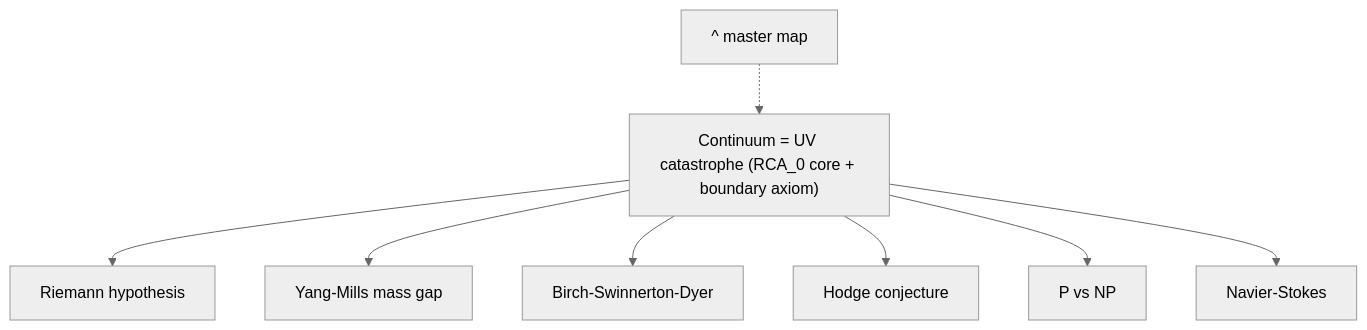
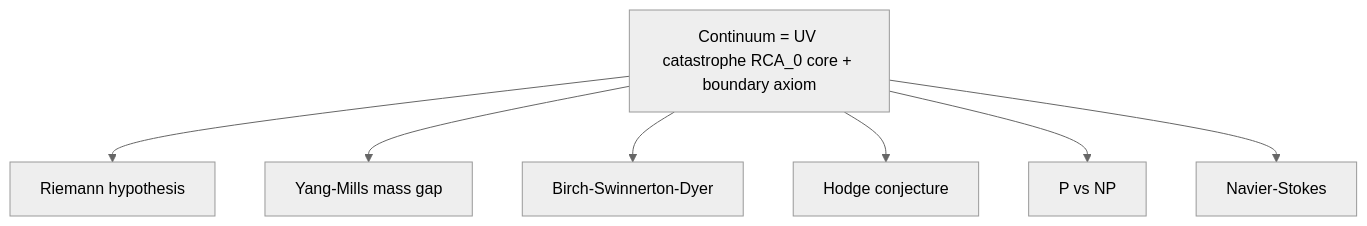
Before and after one commit to jimscarver/quantum-logical-framework: the tenth of 11 diagrams in FlowChart.md, drawn with Mermaid (neutral theme). The commit also changed other lines of this file, not shown here.

First line of the commit message:
FlowChart.md: drop sub-chart hub nodes + parentheses (GitHub render fixes)

````diff
--- a/FlowChart.md
+++ b/FlowChart.md
@@ -216,10 +216,10 @@
 ```mermaid
 flowchart TD
-  H9["^ master map"] -.-> CC["Continuum = UV catastrophe (RCA_0 core + boundary axiom)"]
+  CC["Continuum = UV catastrophe RCA_0 core + boundary axiom"]
   CC --> RH["Riemann hypothesis"]
   CC --> YM["Yang-Mills mass gap"]
   CC --> BS["Birch-Swinnerton-Dyer"]
   CC --> HOD["Hodge conjecture"]
   CC --> PN["P vs NP"]
   CC --> NV["Navier-Stokes"]
 ```
````
